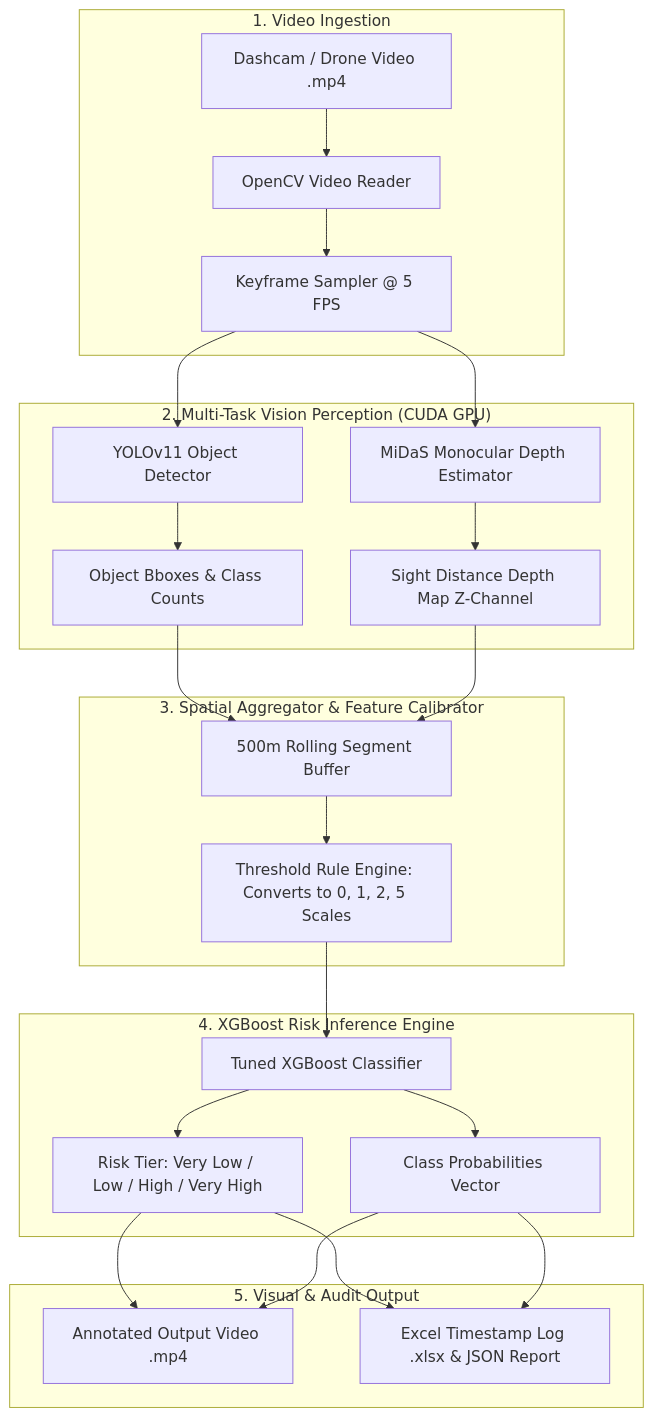
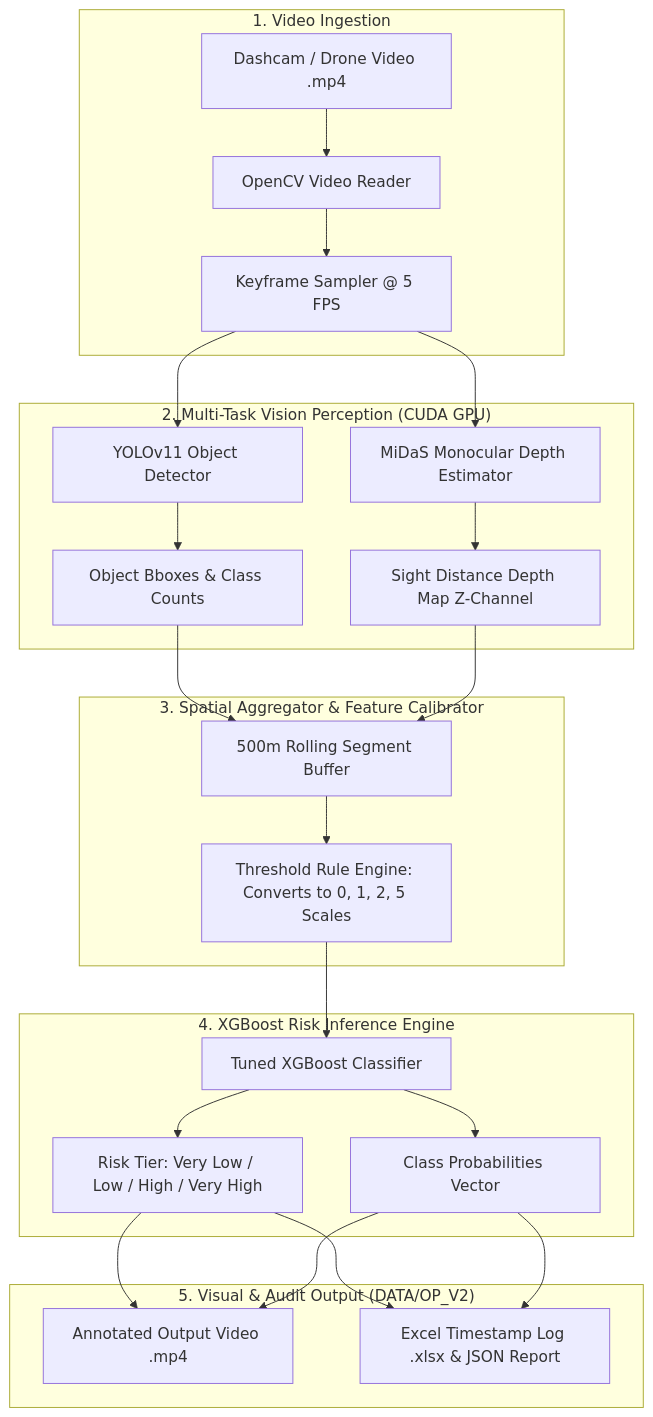
Before and after one commit to SwayamAg/road-safety-vision-ai: the diagram in README.md, drawn with Mermaid. The commit also changed other lines of this file and 2 other files, not shown here.

Commit message:
Rename upgraded output directory to DATA/OP_V2 across code, pipeline, and docs

````diff
--- a/README.md
+++ b/README.md
@@ -61,30 +61,30 @@
 ```mermaid
 flowchart TB
     subgraph INGESTION["1. Video Ingestion"]
         A1[Dashcam / Drone Video .mp4] --> A2[OpenCV Video Reader]
         A2 --> A3[Keyframe Sampler @ 5 FPS]
     end
 
     subgraph PERCEPTION["2. Multi-Task Vision Perception (CUDA GPU)"]
         A3 --> B1[YOLOv11 Object Detector]
         A3 --> B2[MiDaS Monocular Depth Estimator]
         B1 --> C1[Object Bboxes & Class Counts]
         B2 --> C2[Sight Distance Depth Map Z-Channel]
     end
 
     subgraph CALIBRATION["3. Spatial Aggregator & Feature Calibrator"]
         C1 & C2 --> D1[500m Rolling Segment Buffer]
         D1 --> D2[Threshold Rule Engine: Converts to 0, 1, 2, 5 Scales]
     end
 
     subgraph INFERENCE["4. XGBoost Risk Inference Engine"]
         D2 --> E1[Tuned XGBoost Classifier]
         E1 --> E2["Risk Tier: Very Low / Low / High / Very High"]
         E1 --> E3[Class Probabilities Vector]
     end
 
-    subgraph OUTPUT["5. Visual & Audit Output"]
+    subgraph OUTPUT["5. Visual & Audit Output (DATA/OP_V2)"]
         E2 & E3 --> F1[Annotated Output Video .mp4]
         E2 & E3 --> F2[Excel Timestamp Log .xlsx & JSON Report]
     end
 ```
````
